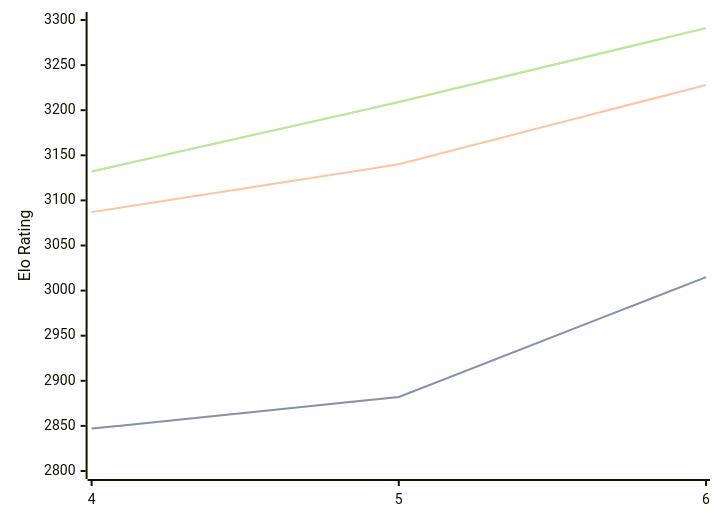
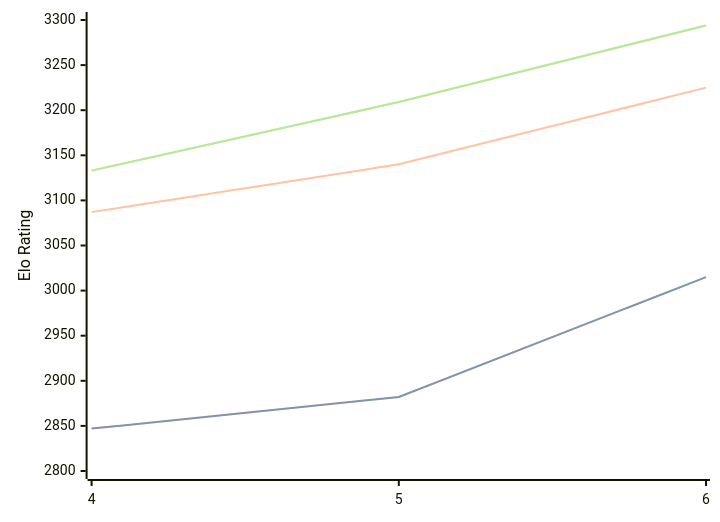
Before and after one commit to computer-chess-index/cci: the diagram in engines/Cwtch.md, drawn with Mermaid. The commit also changed other lines of this file, not shown here.

Commit message:
Update CCI Ratings (ELO VLTC) - 2026-09-05

````diff
--- a/engines/Cwtch.md
+++ b/engines/Cwtch.md
@@ -34,11 +34,11 @@
 ```mermaid
 %%{init: {"theme":"base","themeVariables":{"seriesColors:['#a3a3a3','#222221','#faa371']}}}%%
 xychart-beta
   x-axis ["4", "5", "6"]
   y-axis "Elo Rating" 2800 --> 3300
   line "" [2847, 2882, 3015]
   line "STC (8.0+0.08s)" [2847, 2882, 3015]
-  line "LTC (60.0+0.60s)" [3087, 3140, 3228]
-  line "" [3132, 3209, 3291]
-  line "VLTC (2m24s+1.12s)" [3132, 3209, 3291]
+  line "LTC (60.0+0.60s)" [3087, 3140, 3225]
+  line "" [3133, 3209, 3294]
+  line "VLTC (2m24s+1.12s)" [3133, 3209, 3294]
 ```
````
